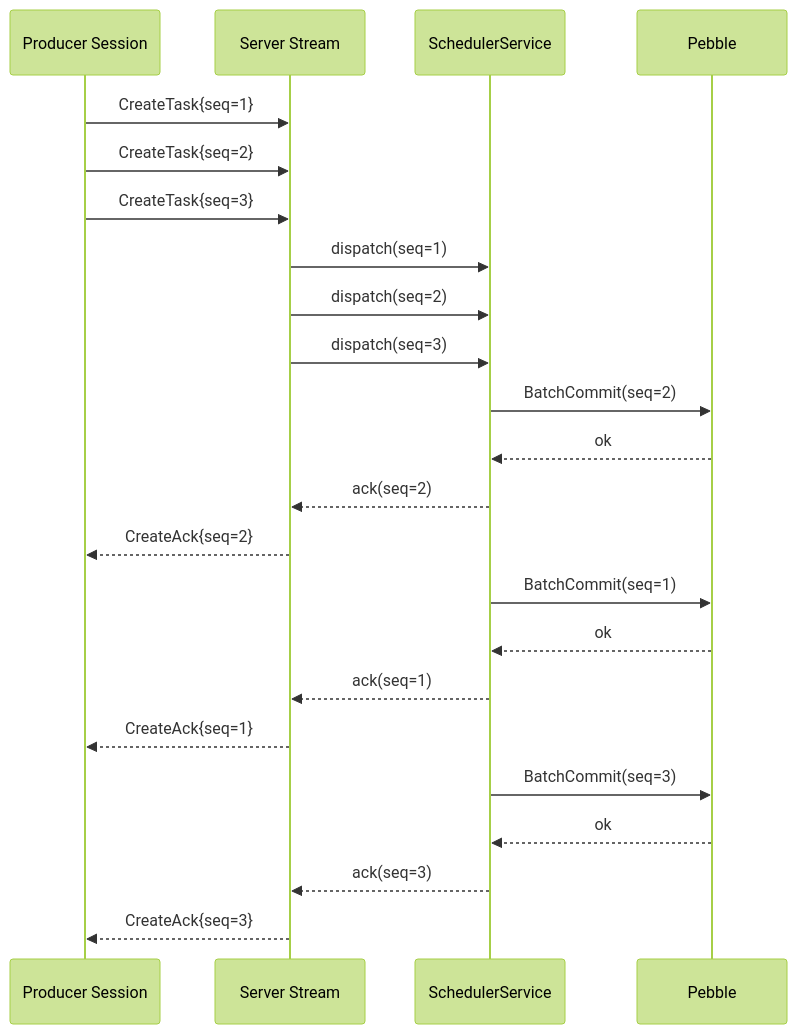
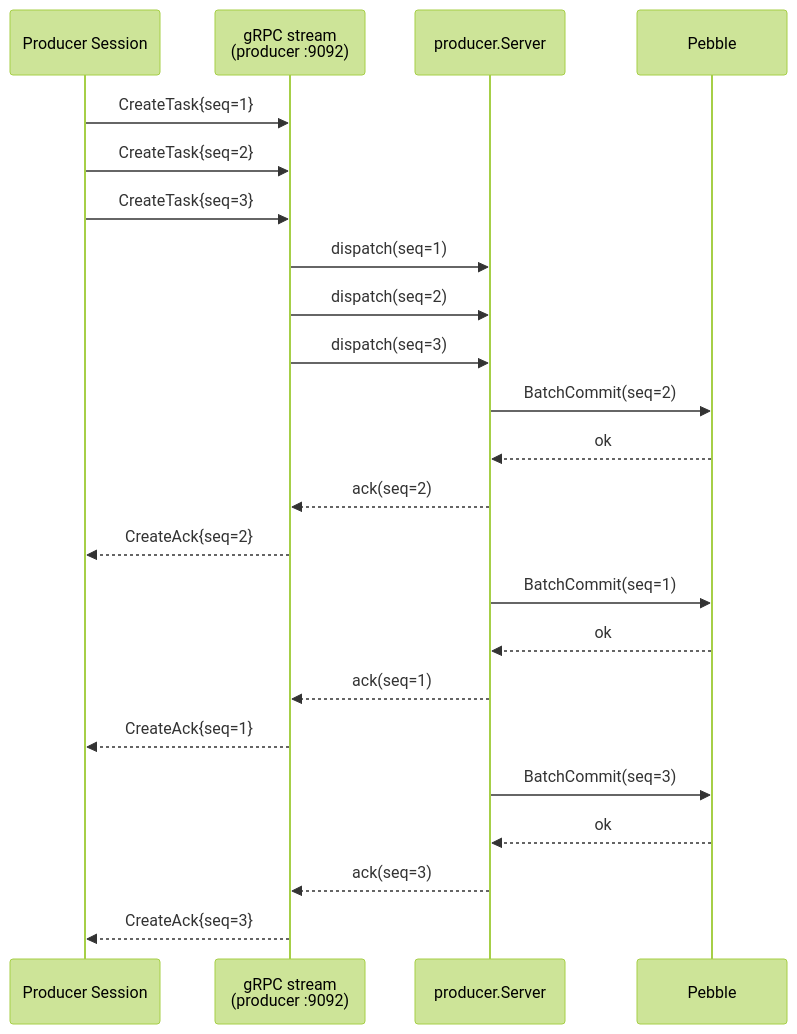
The first of 3 diagrams in docs/34-streaming-api-guide.md (osvaldoandrade/codeq), drawn with Mermaid (forest theme) before and after one commit. The commit also changed other lines of this file and 2 other files, not shown here.

````diff
--- a/docs/34-streaming-api-guide.md
+++ b/docs/34-streaming-api-guide.md
@@ -34,25 +90,25 @@
 ```mermaid
 sequenceDiagram
   participant Session as Producer Session
-  participant Stream as Server Stream
-  participant Scheduler as SchedulerService
+  participant Wire as gRPC stream<br/>(producer :9092)
+  participant Server as producer.Server
   participant Pebble
-  Session->>Stream: CreateTask{seq=1}
-  Session->>Stream: CreateTask{seq=2}
-  Session->>Stream: CreateTask{seq=3}
-  Stream->>Scheduler: dispatch(seq=1)
-  Stream->>Scheduler: dispatch(seq=2)
-  Stream->>Scheduler: dispatch(seq=3)
-  Scheduler->>Pebble: BatchCommit(seq=2)
-  Pebble-->>Scheduler: ok
-  Scheduler-->>Stream: ack(seq=2)
-  Stream-->>Session: CreateAck{seq=2}
-  Scheduler->>Pebble: BatchCommit(seq=1)
-  Pebble-->>Scheduler: ok
-  Scheduler-->>Stream: ack(seq=1)
-  Stream-->>Session: CreateAck{seq=1}
-  Scheduler->>Pebble: BatchCommit(seq=3)
-  Pebble-->>Scheduler: ok
-  Scheduler-->>Stream: ack(seq=3)
-  Stream-->>Session: CreateAck{seq=3}
+  Session->>Wire: CreateTask{seq=1}
+  Session->>Wire: CreateTask{seq=2}
+  Session->>Wire: CreateTask{seq=3}
+  Wire->>Server: dispatch(seq=1)
+  Wire->>Server: dispatch(seq=2)
+  Wire->>Server: dispatch(seq=3)
+  Server->>Pebble: BatchCommit(seq=2)
+  Pebble-->>Server: ok
+  Server-->>Wire: ack(seq=2)
+  Wire-->>Session: CreateAck{seq=2}
+  Server->>Pebble: BatchCommit(seq=1)
+  Pebble-->>Server: ok
+  Server-->>Wire: ack(seq=1)
+  Wire-->>Session: CreateAck{seq=1}
+  Server->>Pebble: BatchCommit(seq=3)
+  Pebble-->>Server: ok
+  Server-->>Wire: ack(seq=3)
+  Wire-->>Session: CreateAck{seq=3}
 ```
````
